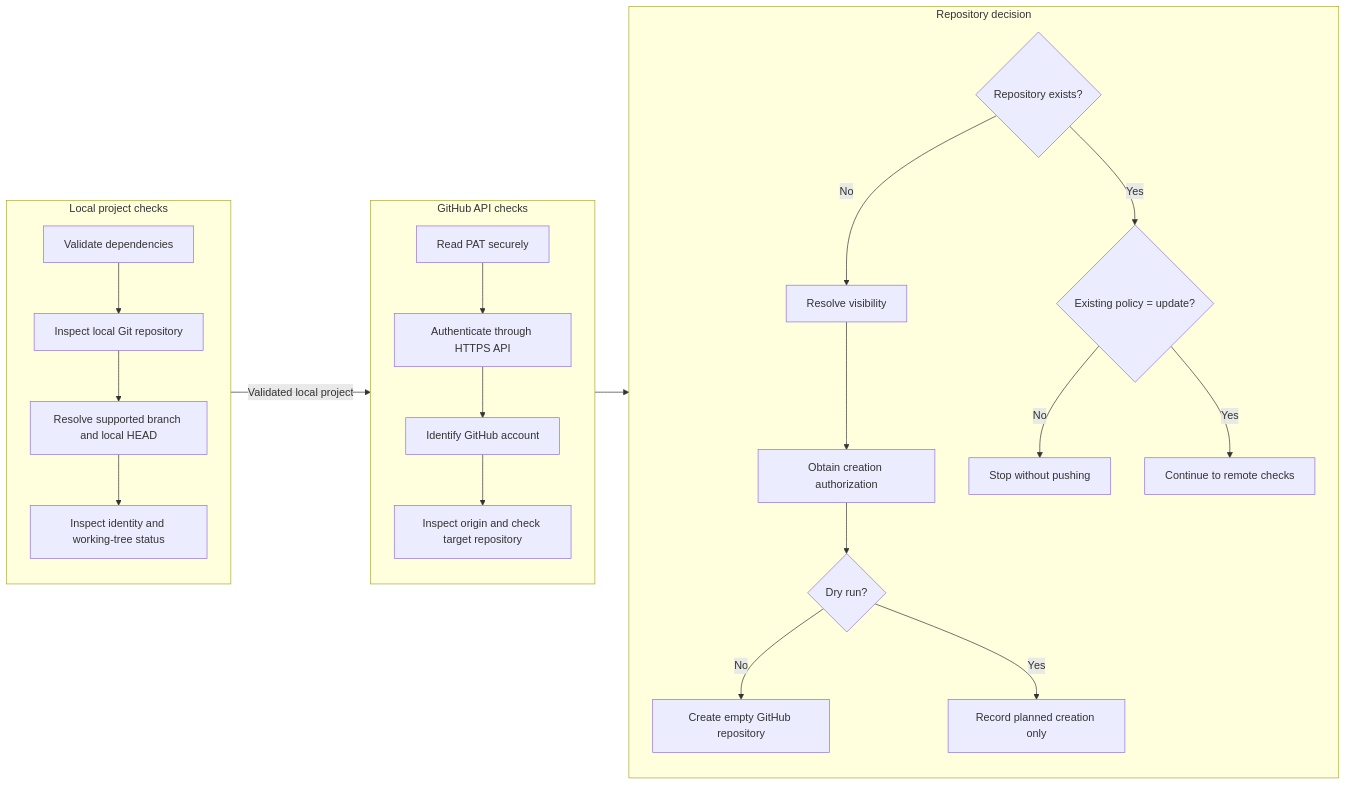
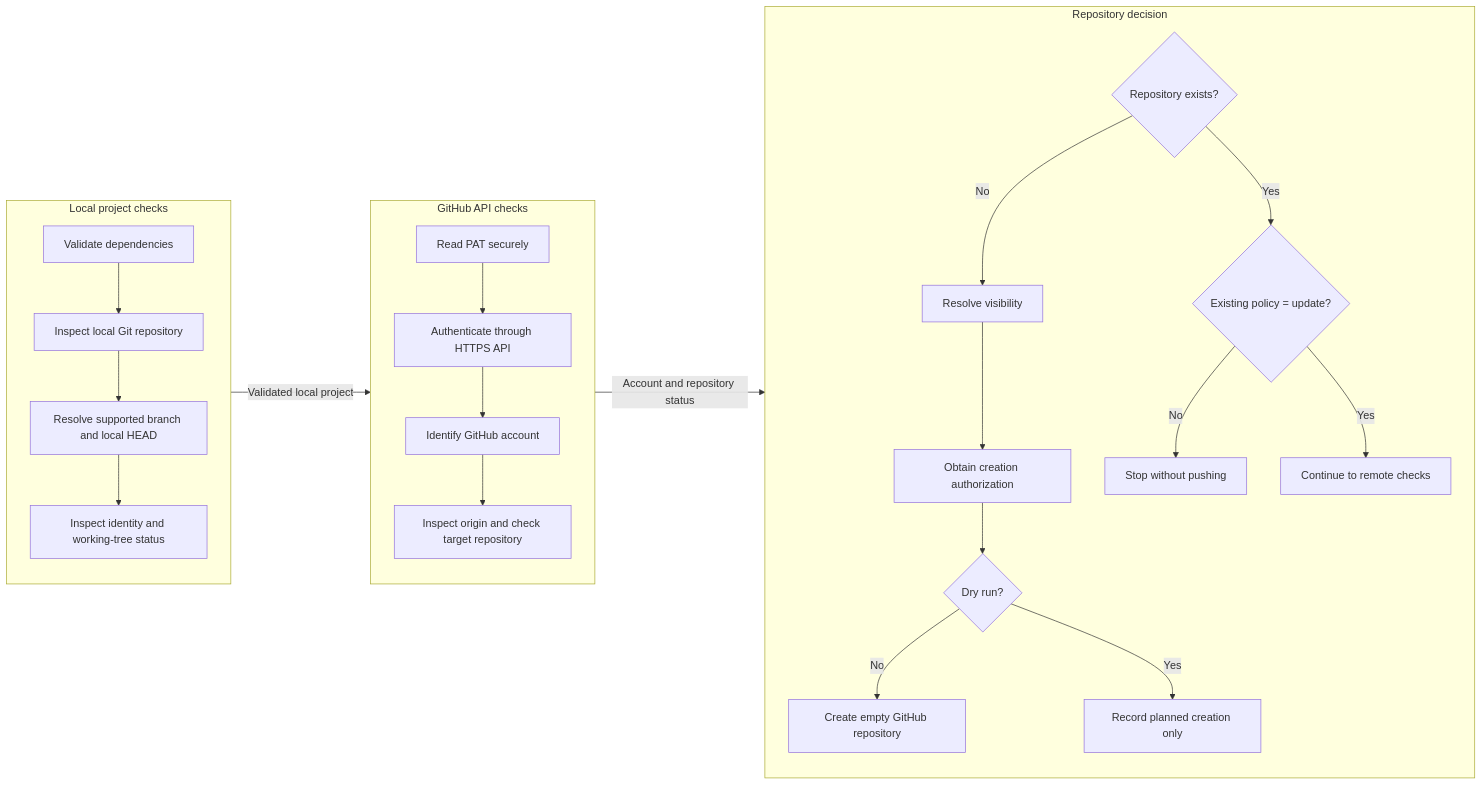
The second of 3 diagrams in README/015_program_flow.md (TheInternetTutor/ghputil), drawn with Mermaid before and after one commit. The commit also changed other lines of this file, not shown here.

Commit message:
Update project repository policy and refine Mermaid workflow diagrams

````diff
--- a/README/015_program_flow.md
+++ b/README/015_program_flow.md
@@ -48,29 +46,29 @@
 ```mermaid
 flowchart LR
   subgraph C[Local project checks]
     direction TB
     C1[Validate dependencies] --> C2[Inspect local Git repository]
     C2 --> C3[Resolve supported branch and local HEAD]
     C3 --> C4[Inspect identity and working-tree status]
   end
   subgraph D[GitHub API checks]
     direction TB
     D1[Read PAT securely] --> D2[Authenticate through HTTPS API]
     D2 --> D3[Identify GitHub account]
     D3 --> D4[Inspect origin and check target repository]
   end
   subgraph E[Repository decision]
     direction TB
     E1{Repository exists?}
     E1 -- No --> E2[Resolve visibility]
     E2 --> E3[Obtain creation authorization]
     E3 --> E4{Dry run?}
     E4 -- No --> E5[Create empty GitHub repository]
     E4 -- Yes --> E6[Record planned creation only]
     E1 -- Yes --> E7{Existing policy = update?}
     E7 -- No --> E8[Stop without pushing]
     E7 -- Yes --> E9[Continue to remote checks]
   end
-  C4 -->|Validated local project| D1
-  D4 --> E1
+  C -->|Validated local project| D
+  D -->|Account and repository status| E
 ```
````
